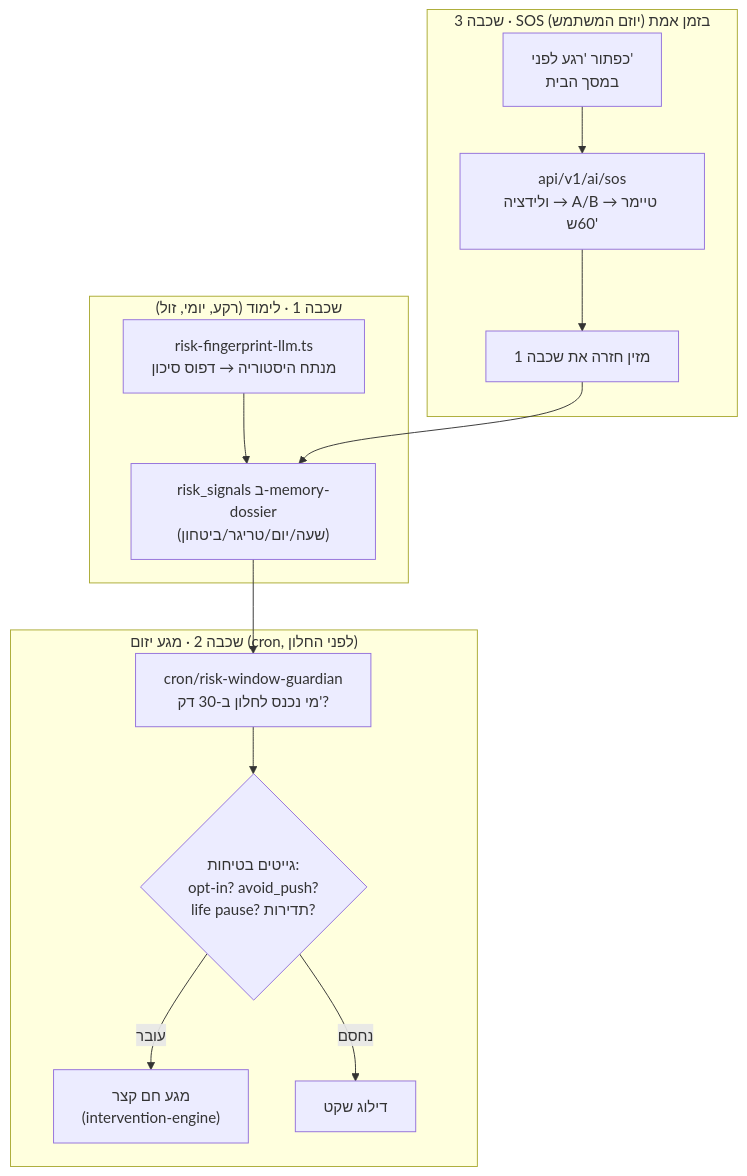
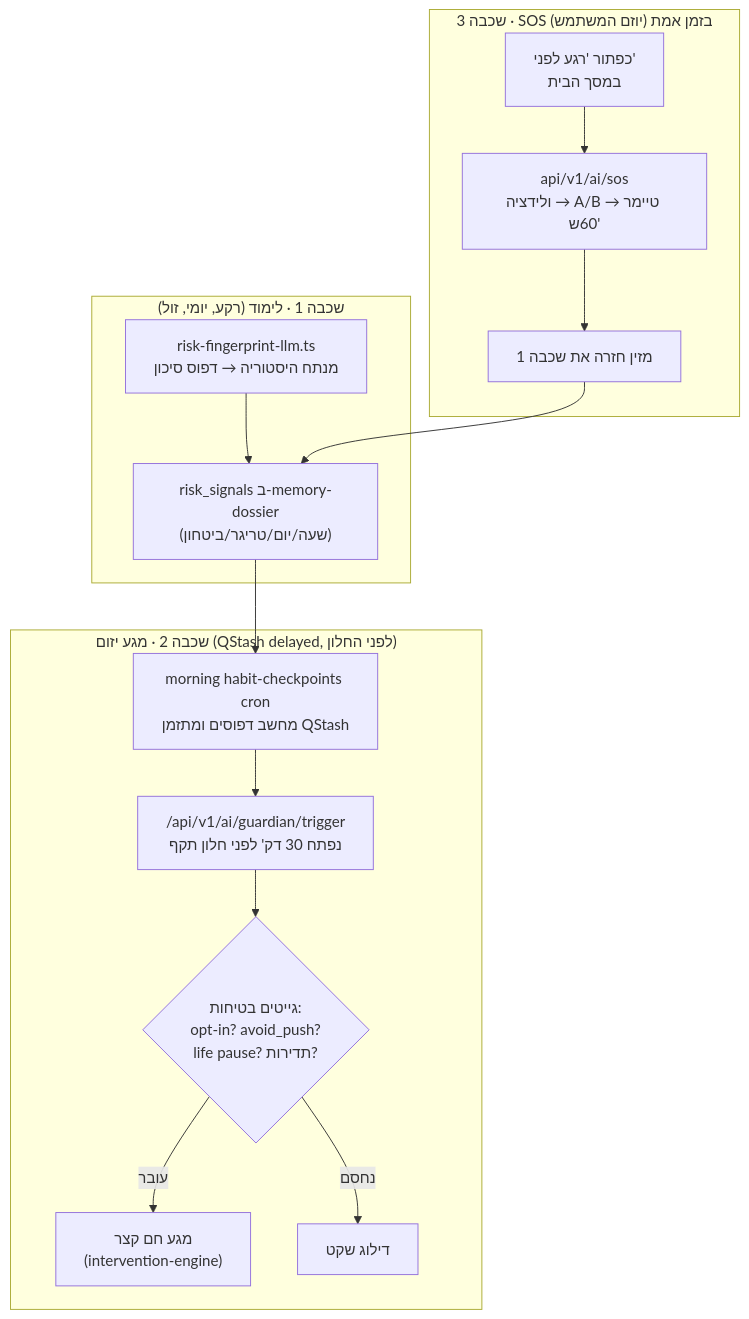
The diagram in docs/PRE_LAPSE_GUARDIAN_SPEC.md (danielsbhaucc-dot/NuraWell), drawn with Mermaid before and after one commit. The commit also changed other lines of this file, not shown here.

First line of the commit message:
docs(guardian): align spec with implemented overrides

````diff
--- a/docs/PRE_LAPSE_GUARDIAN_SPEC.md
+++ b/docs/PRE_LAPSE_GUARDIAN_SPEC.md
@@ -144,20 +144,21 @@
 ```mermaid
 flowchart TD
   subgraph L1["שכבה 1 · לימוד (רקע, יומי, זול)"]
     A1["risk-fingerprint-llm.ts<br/>מנתח היסטוריה → דפוס סיכון"]
     A1 --> A2["risk_signals ב-memory-dossier<br/>(שעה/יום/טריגר/ביטחון)"]
   end
-  subgraph L2["שכבה 2 · מגע יזום (cron, לפני החלון)"]
-    B1["cron/risk-window-guardian<br/>מי נכנס לחלון ב-30 דק'?"]
+  subgraph L2["שכבה 2 · מגע יזום (QStash delayed, לפני החלון)"]
+    B0["morning habit-checkpoints cron<br/>מחשב דפוסים ומתזמן QStash"]
+    B0 --> B1["/api/v1/ai/guardian/trigger<br/>נפתח 30 דק' לפני חלון תקף"]
     B1 --> B2{"גייטים בטיחות:<br/>opt-in? avoid_push?<br/>life pause? תדירות?"}
     B2 -->|עובר| B3["מגע חם קצר<br/>(intervention-engine)"]
     B2 -->|נחסם| B4["דילוג שקט"]
   end
   subgraph L3["שכבה 3 · SOS בזמן אמת (יוזם המשתמש)"]
     C1["כפתור 'רגע לפני'<br/>במסך הבית"]
     C1 --> C2["api/v1/ai/sos<br/>ולידציה → A/B → טיימר 60ש'"]
     C2 --> C3["מזין חזרה את שכבה 1"]
   end
-  A2 --> B1
+  A2 --> B0
   C3 --> A2
 ```
````
